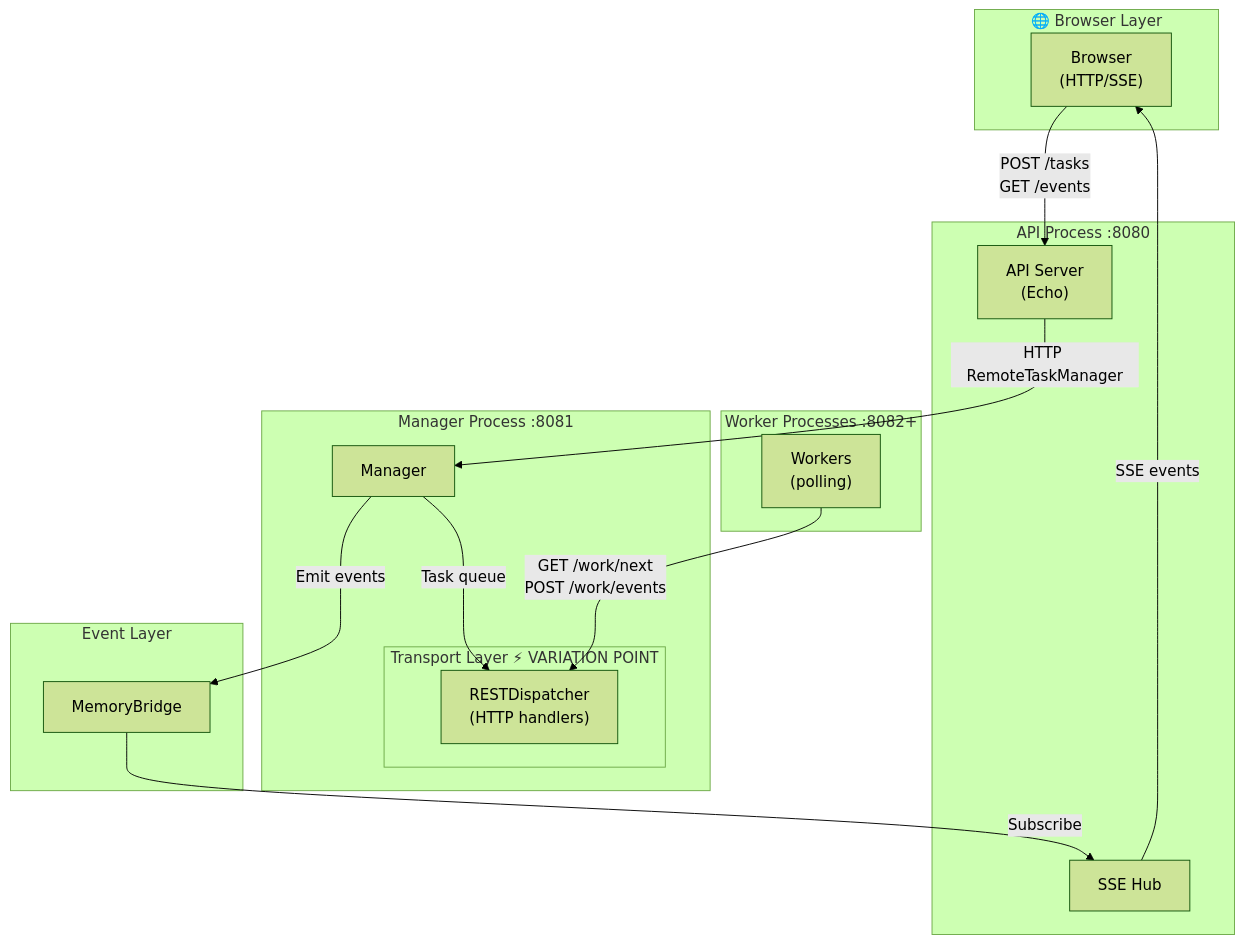
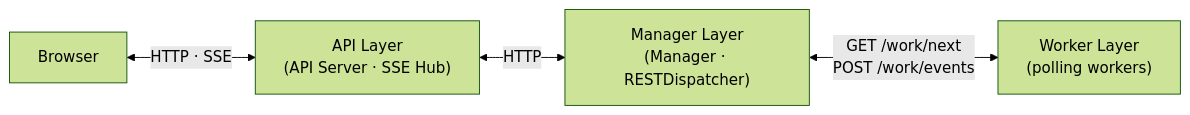
Before and after one commit to deyarchit/work-distribution-patterns: the third of 7 diagrams in README.md, drawn with Mermaid (forest theme). The commit also changed other lines of this file, not shown here.

````diff
--- a/README.md
+++ b/README.md
@@ -71,34 +63,11 @@
 ```mermaid
-graph TB
-    subgraph L1["🌐 Browser Layer"]
-        Browser["Browser<br/>(HTTP/SSE)"]
-    end
+graph LR
+    Browser["Browser"]
+    API["API Layer<br/>(API Server · SSE Hub)"]
+    Manager["Manager Layer<br/>(Manager · RESTDispatcher)"]
+    Workers["Worker Layer<br/>(polling workers)"]
 
-    subgraph L2["API Process :8080"]
-        API["API Server<br/>(Echo)"]
-        SSEHub["SSE Hub"]
-    end
-
-    subgraph L3["Manager Process :8081"]
-        Manager["Manager"]
-        subgraph L3a["Transport Layer ⚡ VARIATION POINT"]
-            RD["RESTDispatcher<br/>(HTTP handlers)"]
-        end
-    end
-
-    subgraph L4["Worker Processes :8082+"]
-        Workers["Workers<br/>(polling)"]
-    end
-
-    subgraph L5["Event Layer"]
-        EventBridge["MemoryBridge"]
-    end
-
-    Browser -->|POST /tasks<br/>GET /events| API
-    API -->|HTTP RemoteTaskManager| Manager
-    Manager -->|Task queue| RD
-    Workers -->|GET /work/next<br/>POST /work/events| RD
-    Manager -->|Emit events| EventBridge
-    EventBridge -->|Subscribe| SSEHub
-    SSEHub -->|SSE events| Browser
+    Browser <-->|"HTTP · SSE"| API
+    API <-->|"HTTP"| Manager
+    Manager <-->|"GET /work/next<br/>POST /work/events"| Workers
 ```
````
